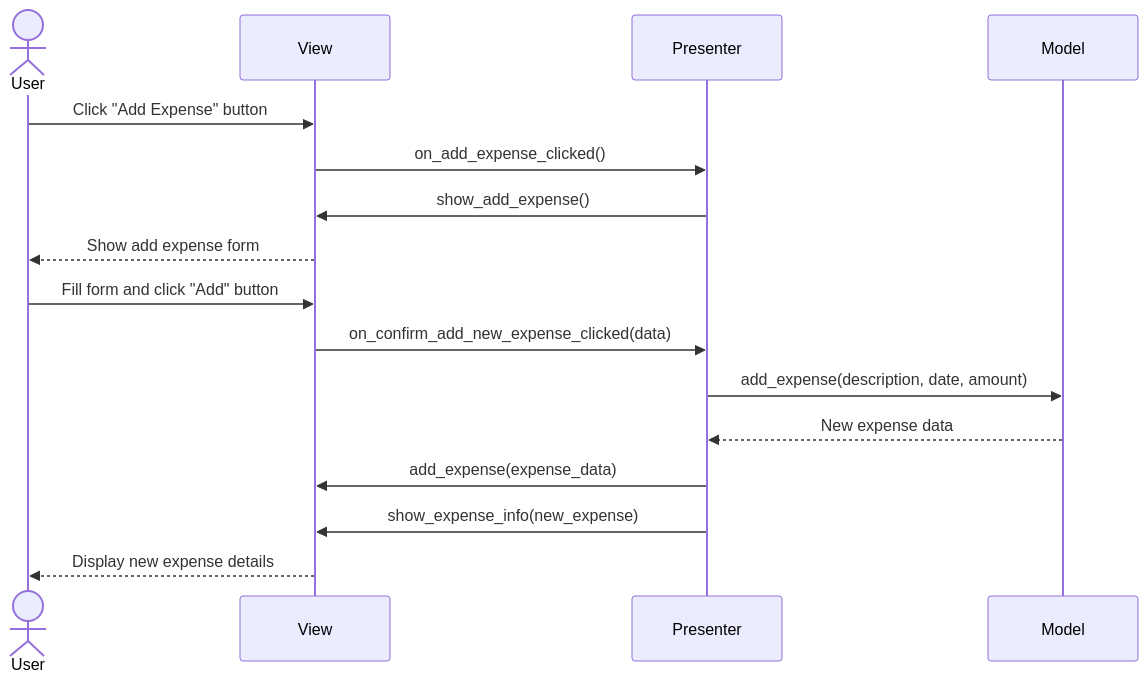
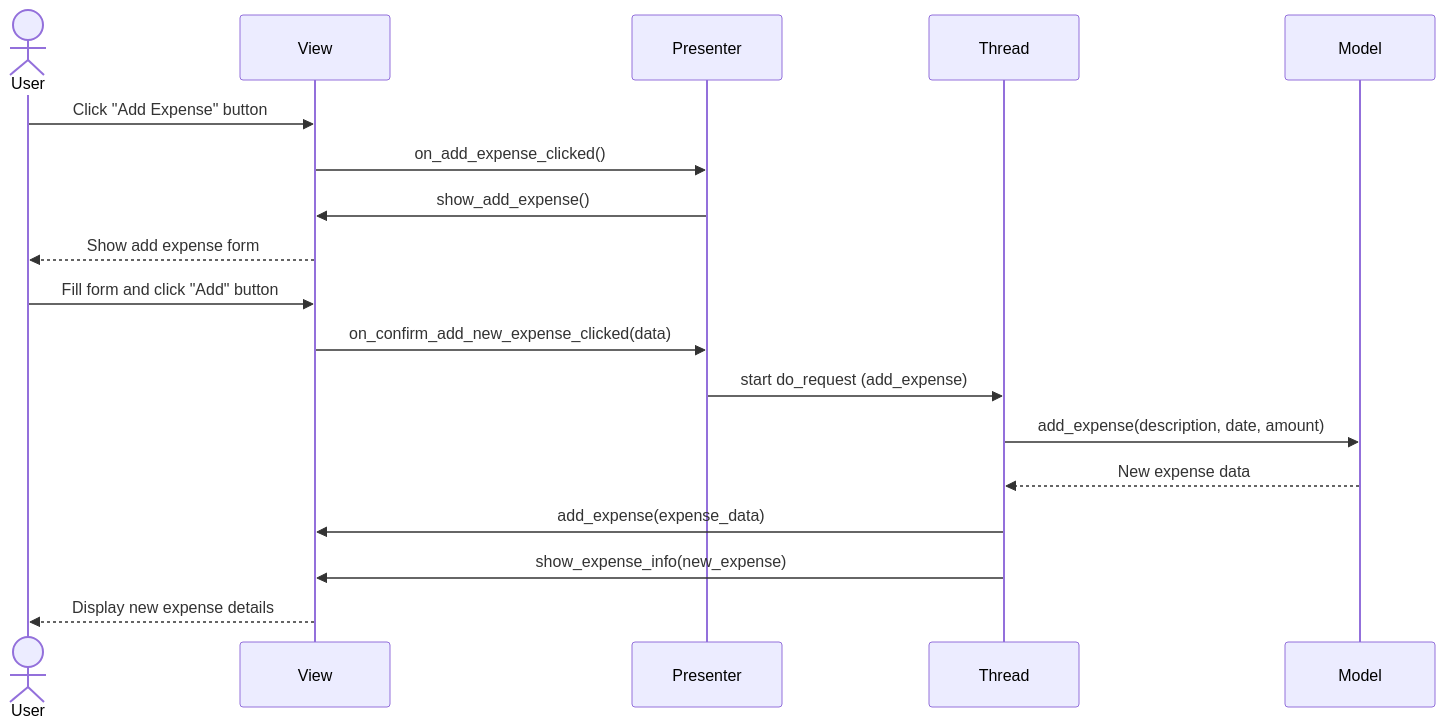
One commit to alexborrazasm/ipm changed the third of 3 diagrams in diseños/diseño_sw.md. Above: the diagram before and after it, drawn with Mermaid. The commit also changed other lines of this file, not shown here.

````diff
--- a/diseños/diseño_sw.md
+++ b/diseños/diseño_sw.md
@@ -201,21 +186,22 @@
 ```mermaid
 sequenceDiagram
     actor User
     participant View
     participant Presenter
+    participant Thread
     participant Model
-
 
     User->>View: Click "Add Expense" button
     View->>Presenter: on_add_expense_clicked()
     Presenter->>View: show_add_expense()
     View-->>User: Show add expense form
 
     User->>View: Fill form and click "Add" button
     View->>Presenter: on_confirm_add_new_expense_clicked(data)
-    Presenter->>Model: add_expense(description, date, amount)
-    Model-->>Presenter: New expense data
-    Presenter->>View: add_expense(expense_data)
-    Presenter->>View: show_expense_info(new_expense)
+    Presenter ->> Thread: start do_request (add_expense)
+    Thread ->> Model: add_expense(description, date, amount)
+    Model -->> Thread: New expense data
+    Thread ->> View: add_expense(expense_data)
+    Thread ->> View: show_expense_info(new_expense)
     View-->>User: Display new expense details
 ```
````
